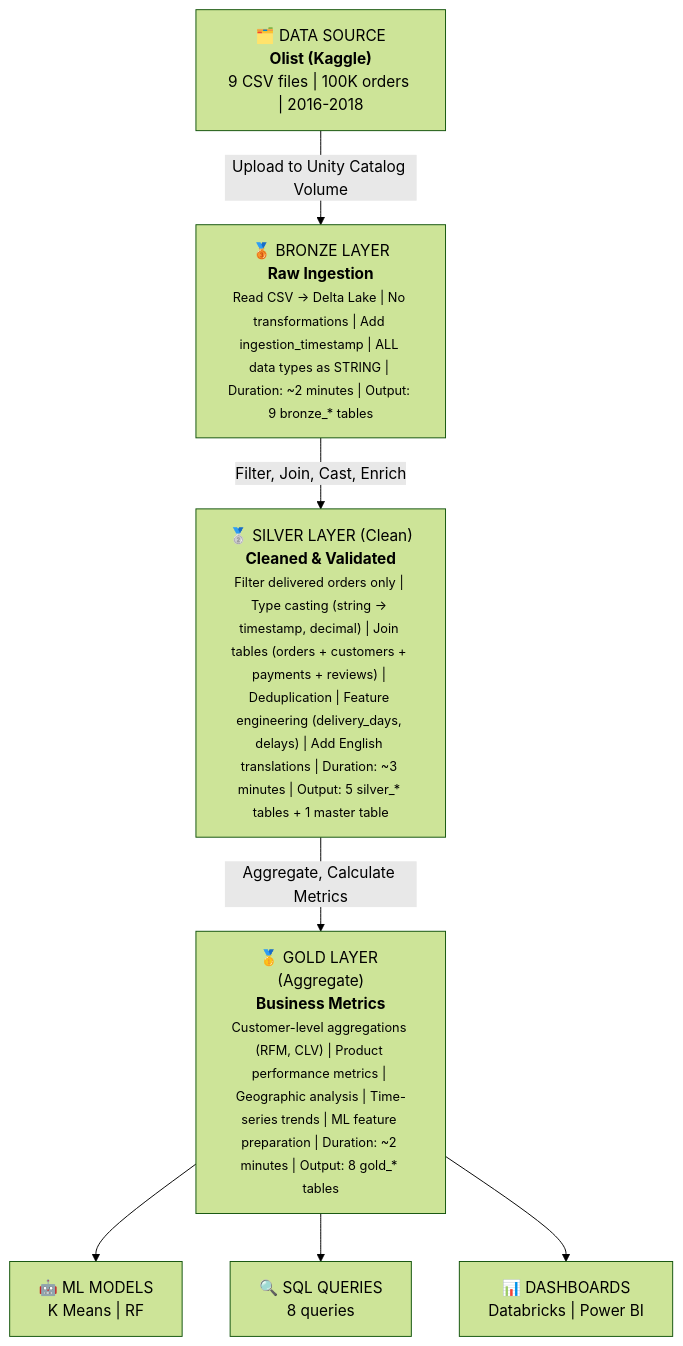
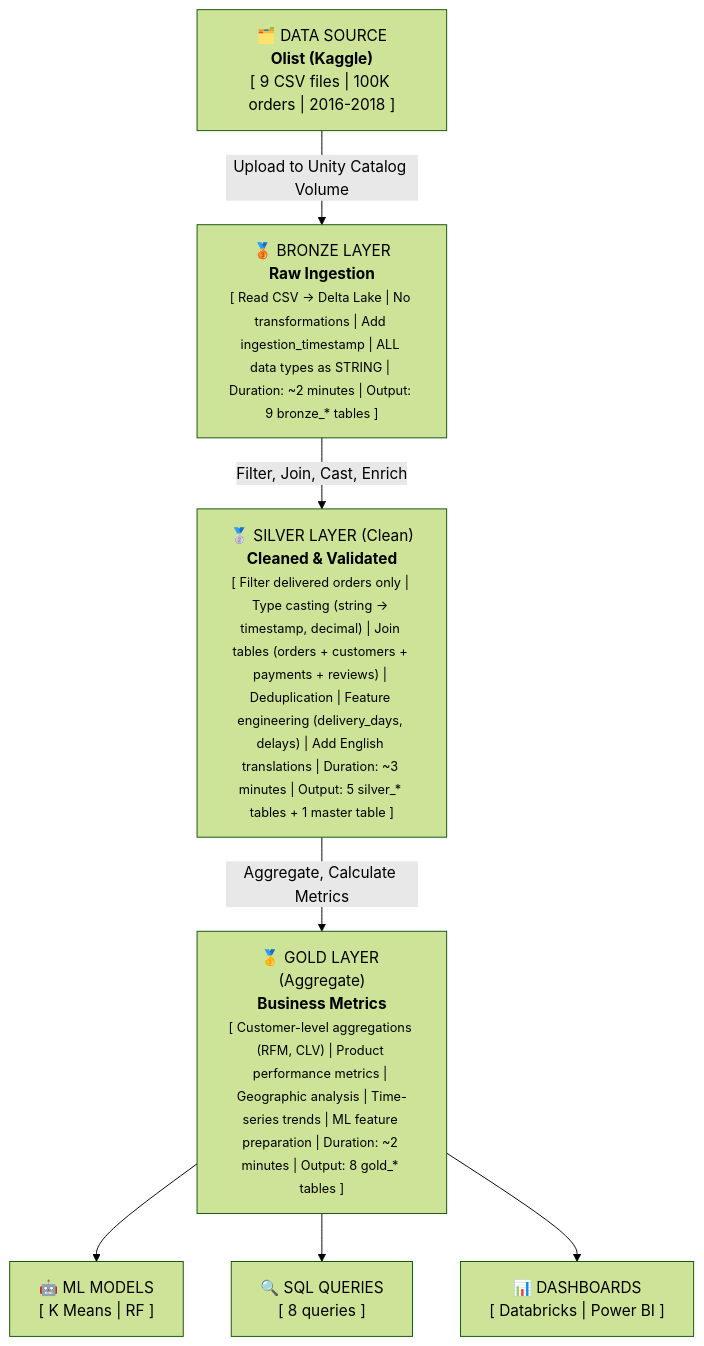
Before and after one commit to txago/olist-analytics-platform: the second of 2 diagrams in docs/data_engineering.md, drawn with Mermaid (forest theme). The commit also changed 1 other file, not shown here.

Commit message:
README update

````diff
--- a/docs/data_engineering.md
+++ b/docs/data_engineering.md
@@ -31,9 +31,9 @@
 ```mermaid
 flowchart TD
-    A["🗂️ DATA SOURCE<br><strong>Olist (Kaggle)</strong><br>9 CSV files | 100K orders | 2016-2018"] -->|Upload to Unity Catalog Volume| B["🥉 BRONZE LAYER<br><strong>Raw Ingestion</strong><br><small>Read CSV → Delta Lake | No transformations | Add ingestion_timestamp | ALL data types as STRING | Duration: ~2 minutes | Output: 9 bronze_* tables</small>"]
-    B -->|Filter, Join, Cast, Enrich| C["🥈 SILVER LAYER (Clean)<br><strong>Cleaned & Validated</strong><br><small>Filter delivered orders only | Type casting (string → timestamp, decimal) | Join tables (orders + customers + payments + reviews) | Deduplication | Feature engineering (delivery_days, delays) | Add English translations | Duration: ~3 minutes | Output: 5 silver_* tables + 1 master table</small>"]
-    C -->|Aggregate, Calculate Metrics| D["🥇 GOLD LAYER (Aggregate)<br><strong>Business Metrics</strong><br><small>Customer-level aggregations (RFM, CLV) | Product performance metrics | Geographic analysis | Time-series trends | ML feature preparation | Duration: ~2 minutes | Output: 8 gold_* tables</small>"]
-    D --> E["🤖 ML MODELS<br>K Means | RF"]
-    D --> F["🔍 SQL QUERIES<br>8 queries"]
-    D --> G["📊 DASHBOARDS<br>Databricks | Power BI"]
+    A["🗂️ DATA SOURCE<br><strong>Olist (Kaggle)</strong><br>[ 9 CSV files | 100K orders | 2016-2018 ]"] -->|Upload to Unity Catalog Volume| B["🥉 BRONZE LAYER<br><strong>Raw Ingestion</strong><br><small>[ Read CSV → Delta Lake | No transformations | Add ingestion_timestamp | ALL data types as STRING | Duration: ~2 minutes | Output: 9 bronze_* tables ]</small>"]
+    B -->|Filter, Join, Cast, Enrich| C["🥈 SILVER LAYER (Clean)<br><strong>Cleaned & Validated</strong><br><small>[ Filter delivered orders only | Type casting (string → timestamp, decimal) | Join tables (orders + customers + payments + reviews) | Deduplication | Feature engineering (delivery_days, delays) | Add English translations | Duration: ~3 minutes | Output: 5 silver_* tables + 1 master table ]</small>"]
+    C -->|Aggregate, Calculate Metrics| D["🥇 GOLD LAYER (Aggregate)<br><strong>Business Metrics</strong><br><small>[ Customer-level aggregations (RFM, CLV) | Product performance metrics | Geographic analysis | Time-series trends | ML feature preparation | Duration: ~2 minutes | Output: 8 gold_* tables ]</small>"]
+    D --> E["🤖 ML MODELS<br>[ K Means | RF ]"]
+    D --> F["🔍 SQL QUERIES<br>[ 8 queries ]"]
+    D --> G["📊 DASHBOARDS<br>[ Databricks | Power BI ]"]
 ```
````
